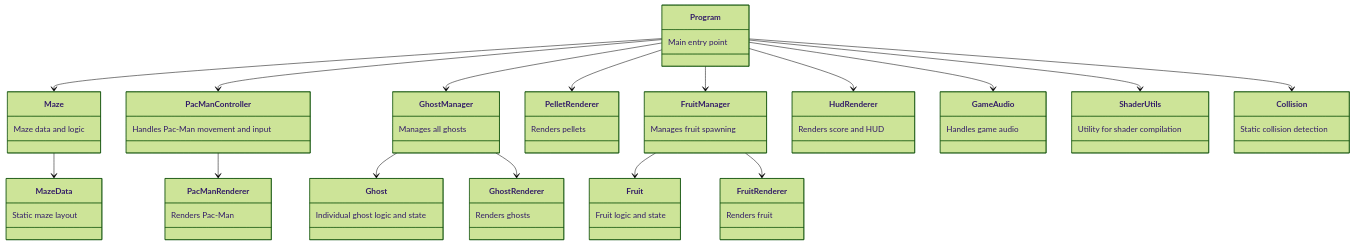
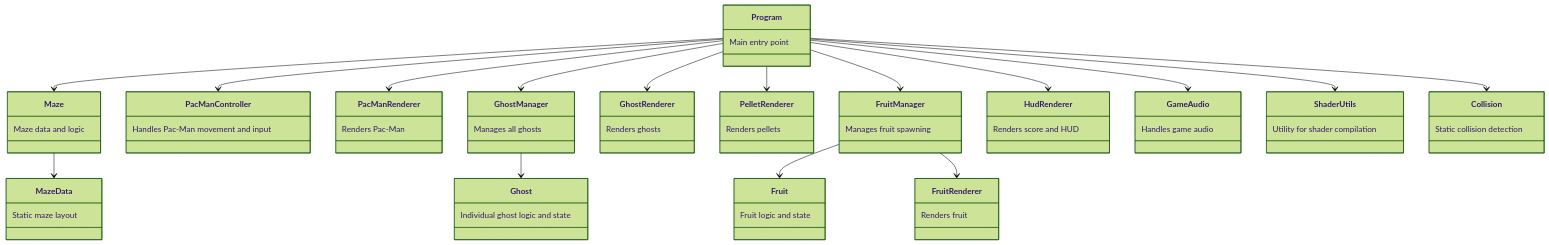
The diagram in README.md (bradguru2/pacman), drawn with Mermaid (forest theme) before and after one commit.

Commit message:
Update README to reflect correct structure component relationships
I used AI to generate the class diagrams.  It missed a couple of things that I needed to correct.

````diff
--- a/README.md
+++ b/README.md
@@ -25,66 +25,66 @@
 ```mermaid
 classDiagram
     class Program {
         Main entry point
     }
     class Maze {
         Maze data and logic
     }
     class MazeData {
         Static maze layout
     }
     class PacManController {
         Handles Pac-Man movement and input
     }
     class PacManRenderer {
         Renders Pac-Man
     }
     class GhostManager {
         Manages all ghosts
     }
     class Ghost {
         Individual ghost logic and state
     }
     class GhostRenderer {
         Renders ghosts
     }
     class PelletRenderer {
         Renders pellets
     }
     class FruitManager {
         Manages fruit spawning
     }
     class Fruit {
         Fruit logic and state
     }
     class FruitRenderer {
         Renders fruit
     }
     class HudRenderer {
         Renders score and HUD
     }
     class GameAudio {
         Handles game audio
     }
     class ShaderUtils {
         Utility for shader compilation
     }
     class Collision {
         Static collision detection
     }
     Program --> Maze
     Program --> PacManController
     Program --> GhostManager
     Program --> FruitManager
     Maze --> MazeData
-    PacManController --> PacManRenderer
+    Program --> PacManRenderer
     GhostManager --> Ghost
-    GhostManager --> GhostRenderer
+    Program --> GhostRenderer
     FruitManager --> Fruit
     FruitManager --> FruitRenderer
     Program --> PelletRenderer
     Program --> HudRenderer
     Program --> GameAudio
     Program --> ShaderUtils
     Program --> Collision
 ```
````
